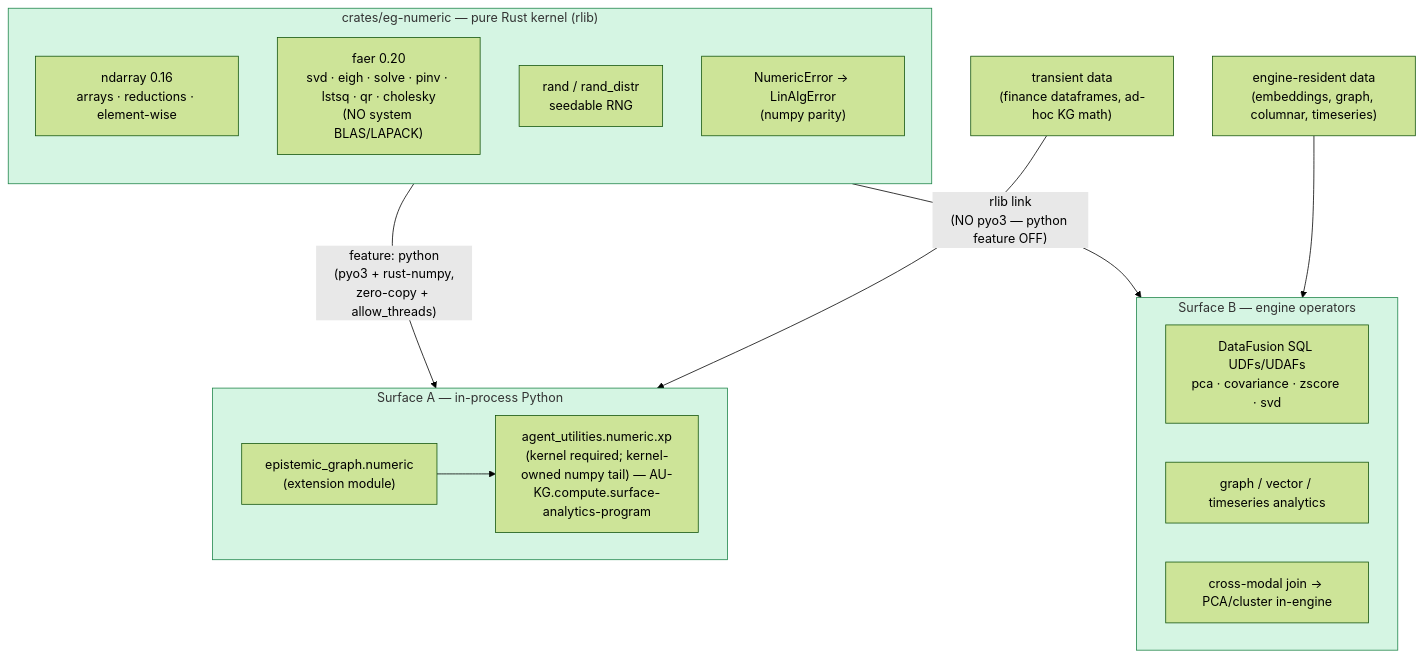
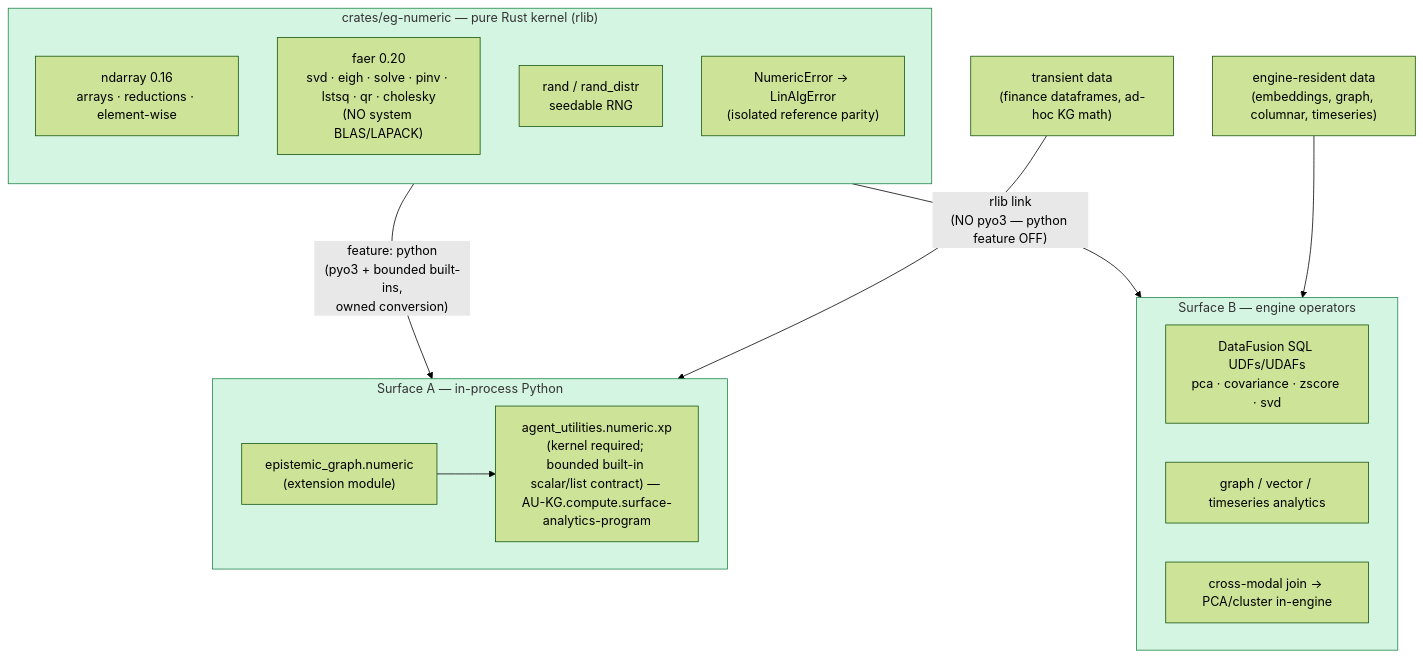
Before and after one commit to Knuckles-Team/epistemic-graph: the first of 3 diagrams in docs/architecture/numeric_kernel.md, drawn with Mermaid (forest theme). The commit also changed other lines of this file and 6 other files, not shown here.

Commit message:
docs(numeric): reconcile NumPy-free runtime contract

````diff
--- a/docs/architecture/numeric_kernel.md
+++ b/docs/architecture/numeric_kernel.md
@@ -16,32 +17,32 @@
 ```mermaid
 flowchart TD
     subgraph K["crates/eg-numeric — pure Rust kernel (rlib)"]
         direction TB
         ND["ndarray 0.16<br/>arrays · reductions · element-wise"]
         FA["faer 0.20<br/>svd · eigh · solve · pinv · lstsq · qr · cholesky<br/>(NO system BLAS/LAPACK)"]
         RN["rand / rand_distr<br/>seedable RNG"]
-        ERR["NumericError → LinAlgError<br/>(numpy parity)"]
+        ERR["NumericError → LinAlgError<br/>(isolated reference parity)"]
     end
 
-    K -->|"feature: python<br/>(pyo3 + rust-numpy,<br/>zero-copy + allow_threads)"| SA
+    K -->|"feature: python<br/>(pyo3 + bounded built-ins,<br/>owned conversion)"| SA
     K -->|"rlib link<br/>(NO pyo3 — python feature OFF)"| SB
 
     subgraph SA["Surface A — in-process Python"]
         M1["epistemic_graph.numeric<br/>(extension module)"]
-        M2["agent_utilities.numeric.xp<br/>(kernel required; kernel-owned numpy tail) — AU-KG.compute.surface-analytics-program"]
+        M2["agent_utilities.numeric.xp<br/>(kernel required; bounded built-in scalar/list contract) — AU-KG.compute.surface-analytics-program"]
         M1 --> M2
     end
 
     subgraph SB["Surface B — engine operators"]
         D1["DataFusion SQL UDFs/UDAFs<br/>pca · covariance · zscore · svd"]
         D2["graph / vector / timeseries analytics"]
         D3["cross-modal join → PCA/cluster in-engine"]
     end
 
     TA["transient data<br/>(finance dataframes, ad-hoc KG math)"] --> SA
     TB["engine-resident data<br/>(embeddings, graph, columnar, timeseries)"] --> SB
 
     classDef done fill:#d5f5e3,stroke:#1e8449;
     classDef todo fill:#fdebd0,stroke:#b9770e;
     class K,SA,SB done;
 ```
````
